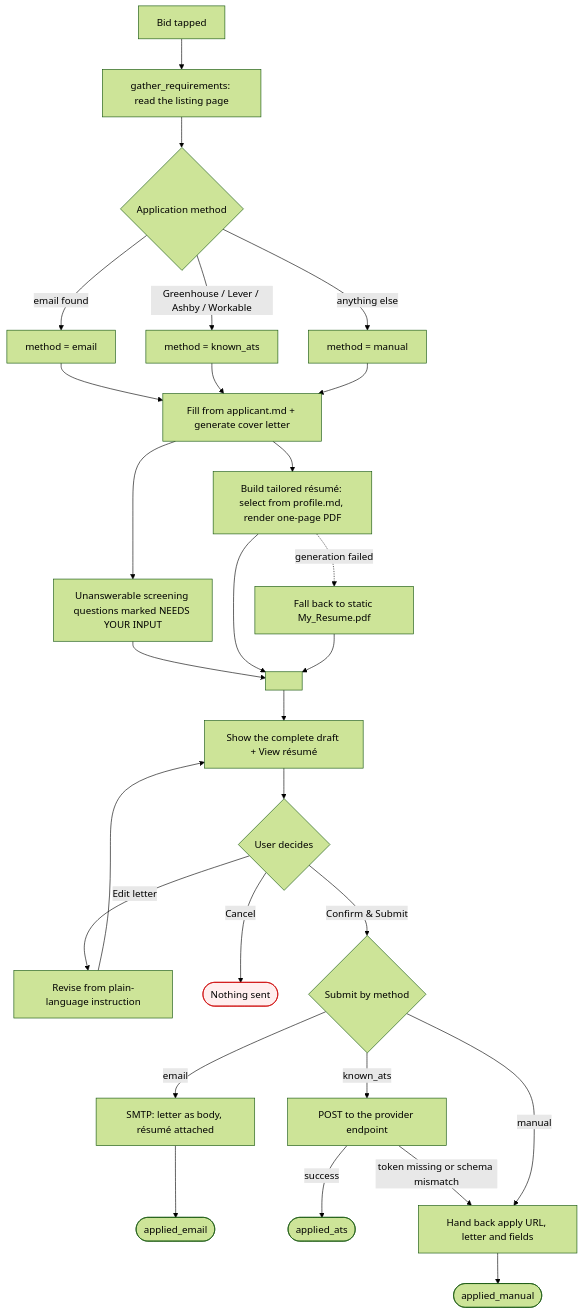
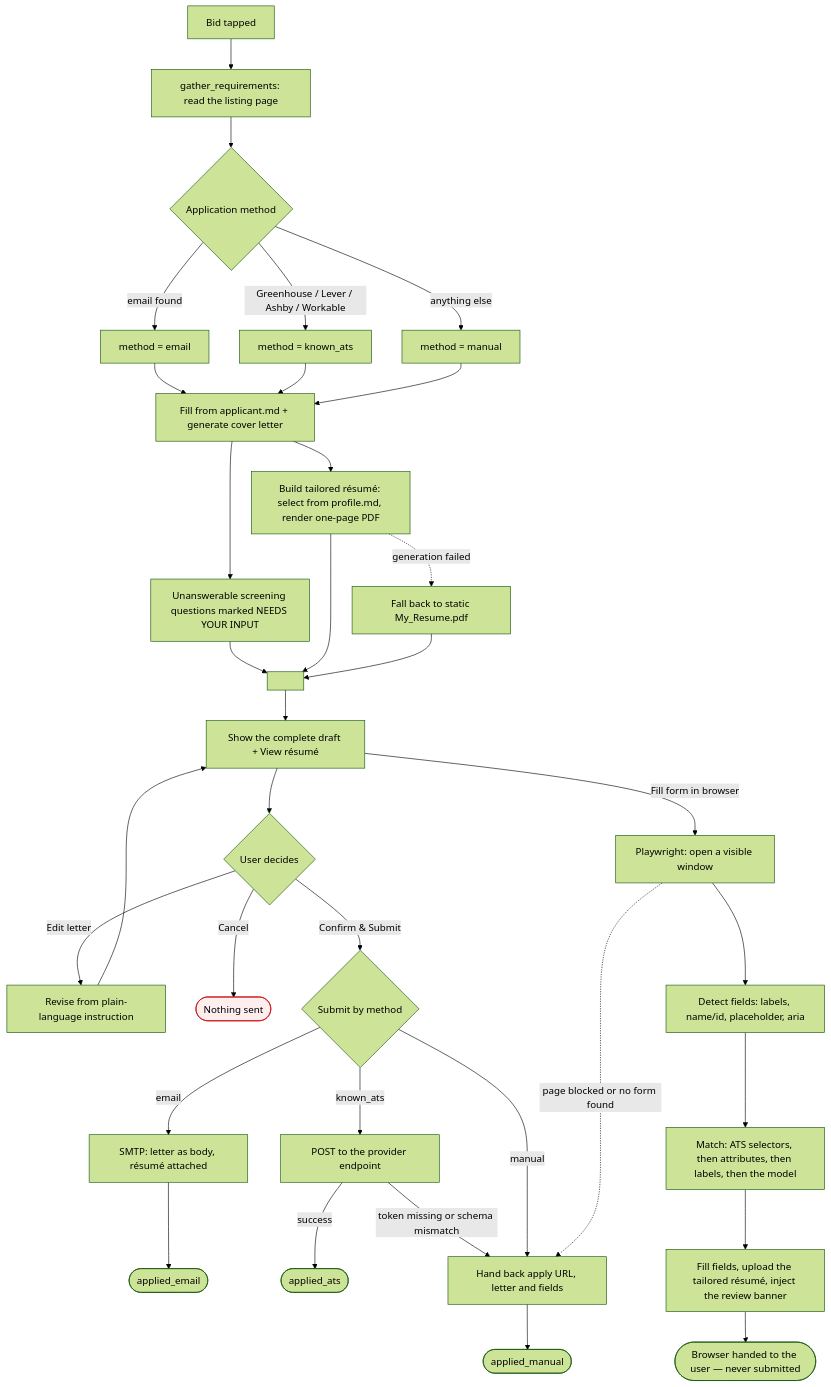
Before and after one commit to HamedEzzu/bidwatch: the second of 6 diagrams in docs/architecture.md, drawn with Mermaid (forest theme). The commit also changed other lines of this file and 9 other files, not shown here.

````diff
--- a/docs/architecture.md
+++ b/docs/architecture.md
@@ -46,32 +46,39 @@
 ```mermaid
 flowchart TD
     T[Bid tapped] --> R[gather_requirements: read the listing page]
     R --> C{Application method}
     C -->|email found| E[method = email]
     C -->|Greenhouse / Lever / Ashby / Workable| A[method = known_ats]
     C -->|anything else| M[method = manual]
 
     E --> F[Fill from applicant.md + generate cover letter]
     A --> F
     M --> F
     F --> RES[Build tailored résumé: select from profile.md, render one-page PDF]
     RES -.->|generation failed| STATIC[Fall back to static My_Resume.pdf]
     F --> QQ2[Unanswerable screening questions marked NEEDS YOUR INPUT]
     QQ2 --> QQ[ ]
     RES --> QQ
     STATIC --> QQ
     QQ --> D[Show the complete draft + View résumé]
 
     D --> B{User decides}
     B -->|Edit letter| ED[Revise from plain-language instruction] --> D
     B -->|Cancel| X([Nothing sent])
     B -->|Confirm & Submit| S{Submit by method}
 
     S -->|email| SM[SMTP: letter as body, résumé attached] --> OK1([applied_email])
     S -->|known_ats| AT[POST to the provider endpoint]
     AT -->|success| OK2([applied_ats])
     AT -->|token missing or schema mismatch| MH
     S -->|manual| MH[Hand back apply URL, letter and fields] --> OK3([applied_manual])
 
+    D -->|Fill form in browser| FF[Playwright: open a visible window]
+    FF --> DET[Detect fields: labels, name/id, placeholder, aria]
+    DET --> MAP[Match: ATS selectors, then attributes, then labels, then the model]
+    MAP --> FILL[Fill fields, upload the tailored résumé, inject the review banner]
+    FILL --> HAND([Browser handed to the user — never submitted])
+    FF -.->|page blocked or no form found| MH
+
     style X fill:#fee,stroke:#c00
 ```
````
